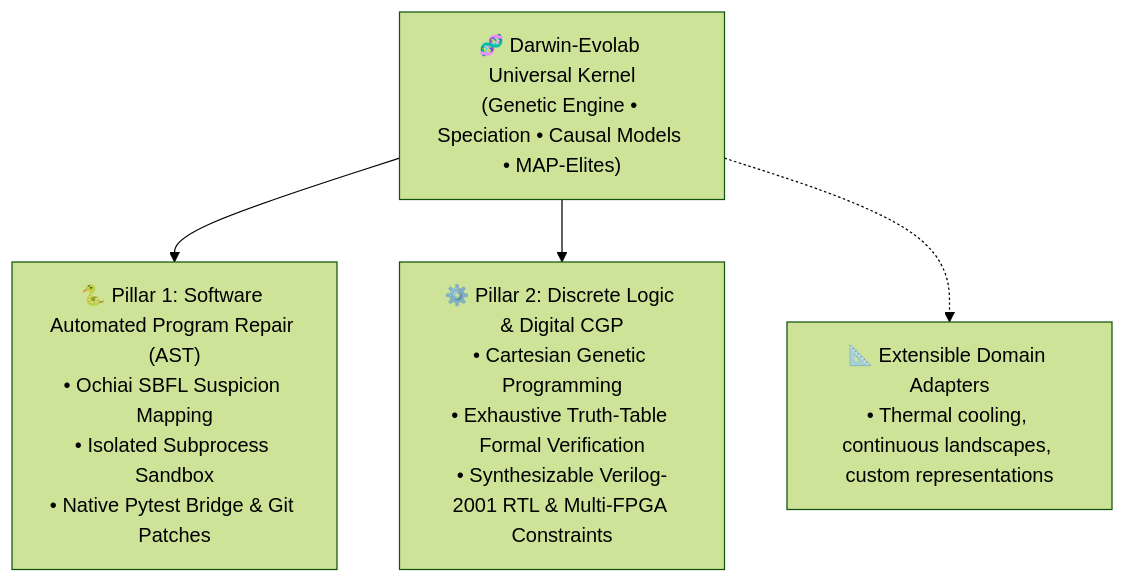
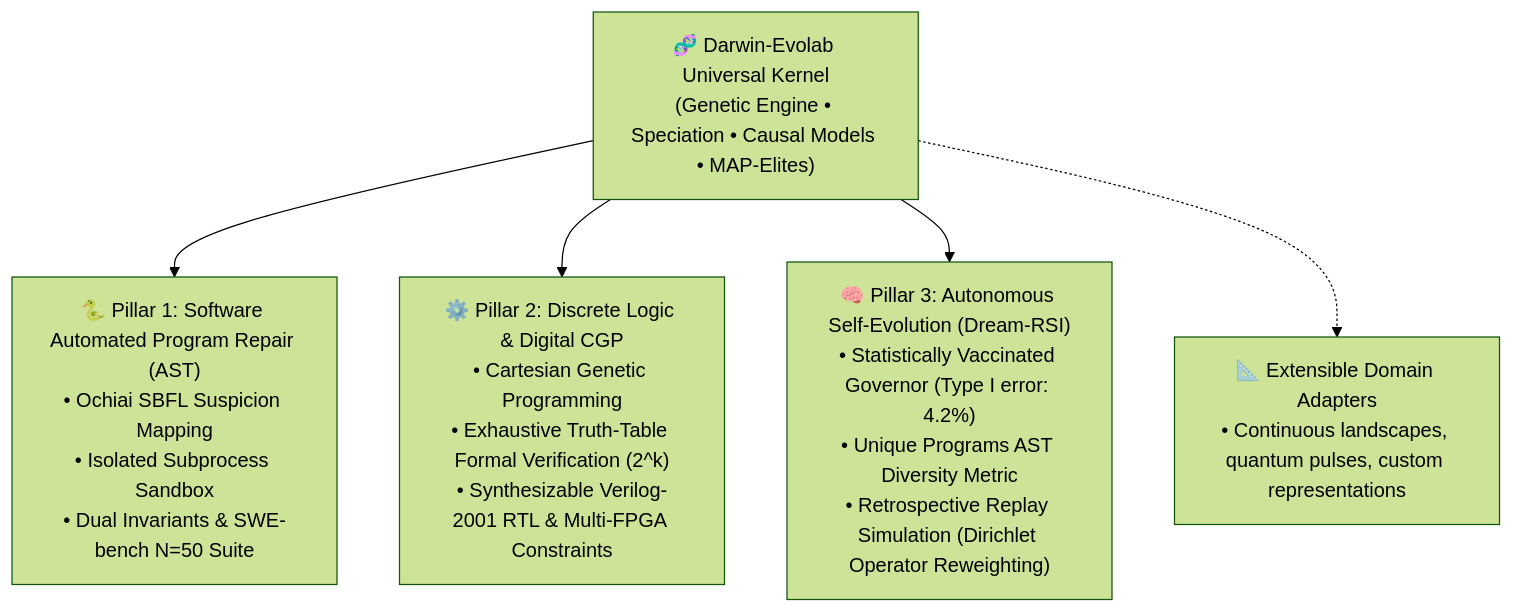
The first of 2 diagrams in README.md (bio-colab/darwin-evolab), drawn with Mermaid (forest theme) before and after one commit. The commit also changed other lines of this file and 15 other files, not shown here.

First line of the commit message:
docs(core): overhaul documentation, marketing positioning, Dual-System architecture, and 3 Pillars of Self-Evolution (v0.6.0)

````diff
--- a/README.md
+++ b/README.md
@@ -25,10 +30,12 @@
 ```mermaid
 graph TD
     Kernel["🧬 Darwin-Evolab Universal Kernel<br/>(Genetic Engine • Speciation • Causal Models • MAP-Elites)"]
     
-    Kernel --> Driver1["🐍 Pillar 1: Software Automated Program Repair (AST)<br/>• Ochiai SBFL Suspicion Mapping<br/>• Isolated Subprocess Sandbox<br/>• Native Pytest Bridge & Git Patches"]
+    Kernel --> Driver1["🐍 Pillar 1: Software Automated Program Repair (AST)<br/>• Ochiai SBFL Suspicion Mapping<br/>• Isolated Subprocess Sandbox<br/>• Dual Invariants & SWE-bench N=50 Suite"]
     
-    Kernel --> Driver2["⚙️ Pillar 2: Discrete Logic & Digital CGP<br/>• Cartesian Genetic Programming<br/>• Exhaustive Truth-Table Formal Verification<br/>• Synthesizable Verilog-2001 RTL & Multi-FPGA Constraints"]
+    Kernel --> Driver2["⚙️ Pillar 2: Discrete Logic & Digital CGP<br/>• Cartesian Genetic Programming<br/>• Exhaustive Truth-Table Formal Verification (2^k)<br/>• Synthesizable Verilog-2001 RTL & Multi-FPGA Constraints"]
     
-    Kernel -.-> DriverExt["📐 Extensible Domain Adapters<br/>• Thermal cooling, continuous landscapes, custom representations"]
+    Kernel --> Driver3["🧠 Pillar 3: Autonomous Self-Evolution (Dream-RSI)<br/>• Statistically Vaccinated Governor (Type I error: 4.2%)<br/>• Unique Programs AST Diversity Metric<br/>• Retrospective Replay Simulation (Dirichlet Operator Reweighting)"]
+
+    Kernel -.-> DriverExt["📐 Extensible Domain Adapters<br/>• Continuous landscapes, quantum pulses, custom representations"]
 ```
````
